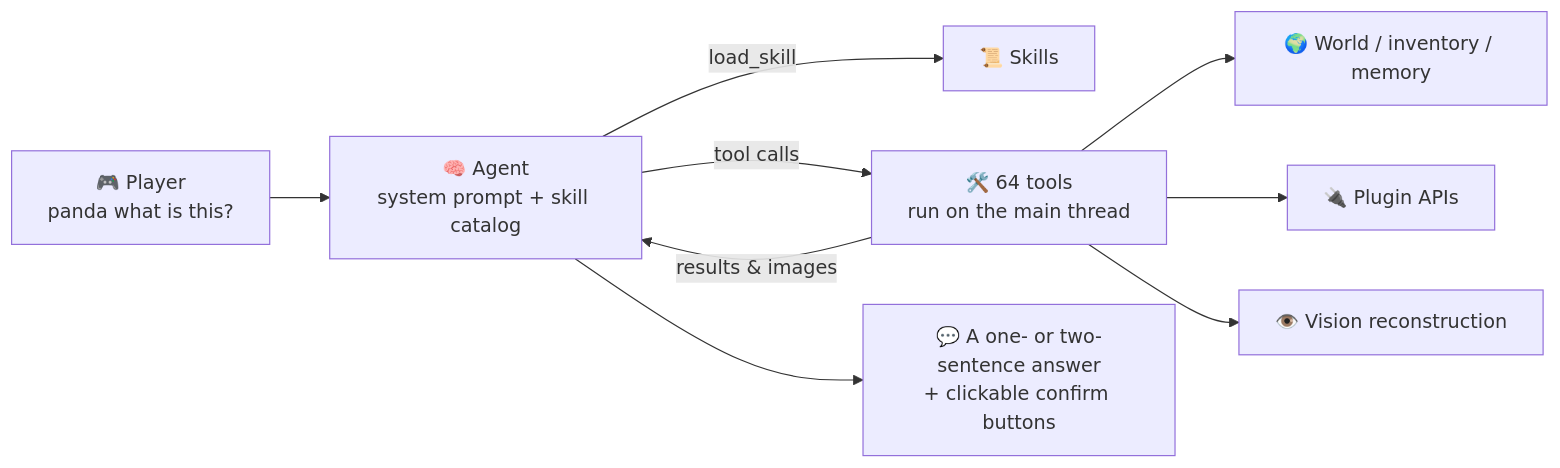
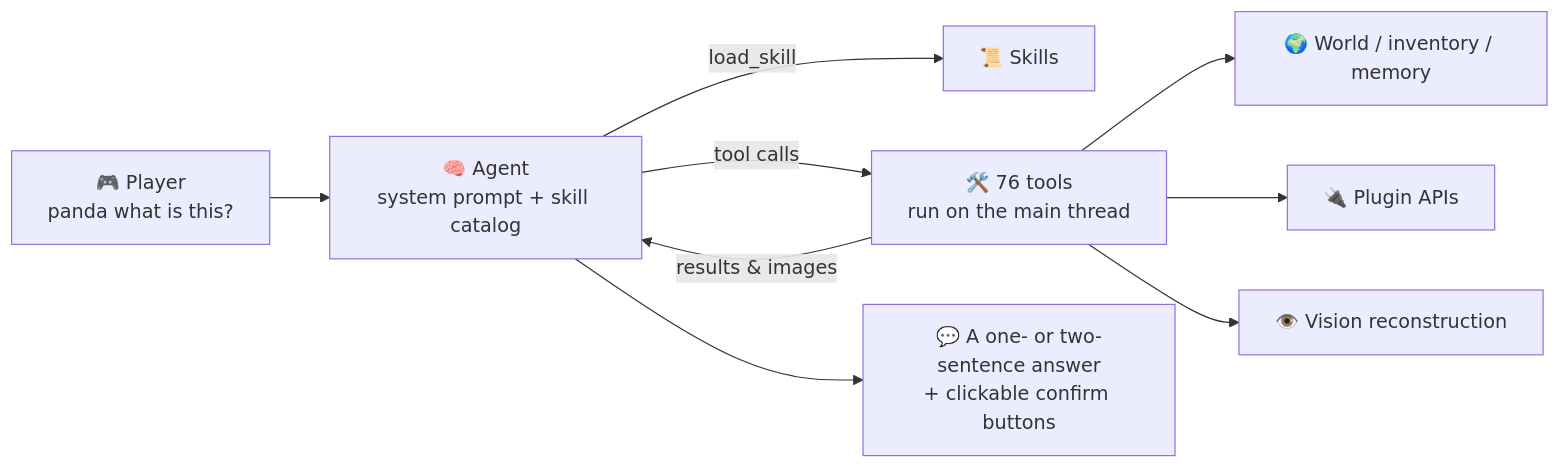
Before and after one commit to obsidianplusplus/PandaGPT: the diagram in docs/wiki/en/Home.md, drawn with Mermaid. The commit also changed other lines of this file and 45 other files, not shown here.

````diff
--- a/docs/wiki/en/Home.md
+++ b/docs/wiki/en/Home.md
@@ -64,11 +64,11 @@
 ```mermaid
 flowchart LR
     P["🎮 Player<br/>panda what is this?"] --> A["🧠 Agent<br/>system prompt + skill catalog"]
     A -->|load_skill| S["📜 Skills"]
-    A -->|tool calls| T["🛠️ 64 tools<br/>run on the main thread"]
+    A -->|tool calls| T["🛠️ 76 tools<br/>run on the main thread"]
     T --> W["🌍 World / inventory / memory"]
     T --> I["🔌 Plugin APIs"]
     T --> V["👁️ Vision reconstruction"]
     T -->|results & images| A
     A --> R["💬 A one- or two-sentence answer<br/>+ clickable confirm buttons"]
 ```
````
